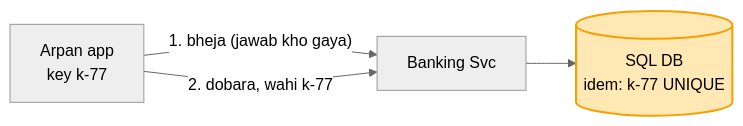
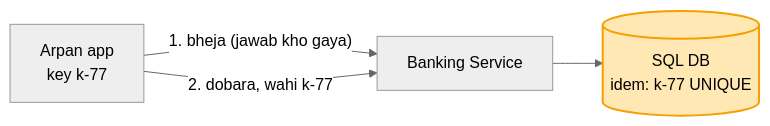
Before and after one commit to ArpanMaheshwari144/Prep: the third of 10 diagrams in 04_HLD/SYSTEM_DESIGNS/13_banking_system/13_banking_system.md, drawn with Mermaid (neutral theme). The commit also changed other lines of this file and 8 other files, not shown here.

````diff
--- a/04_HLD/SYSTEM_DESIGNS/13_banking_system/13_banking_system.md
+++ b/04_HLD/SYSTEM_DESIGNS/13_banking_system/13_banking_system.md
@@ -122,7 +122,7 @@
 ```mermaid
 flowchart LR
-    U["Arpan app<br/>key k-77"] -- "1. bheja (jawab kho gaya)" --> S["Banking Svc"]
+    U["Arpan app<br/>key k-77"] -- "1. bheja (jawab kho gaya)" --> S["Banking Service"]
     U -- "2. dobara, wahi k-77" --> S
     S --> D[("SQL DB<br/>idem: k-77 UNIQUE")]
     style D fill:#ffe8b3,stroke:#f59f00,stroke-width:2px,color:#000
 ```
````
